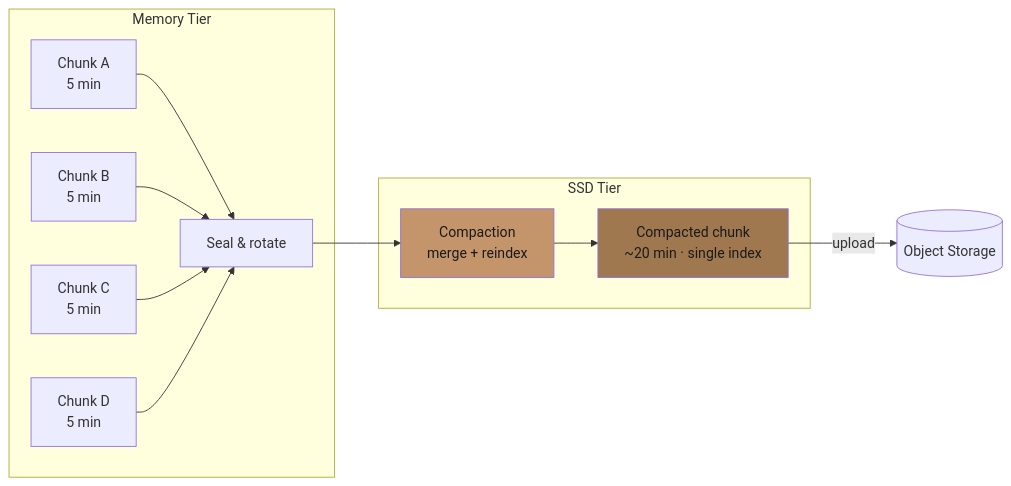
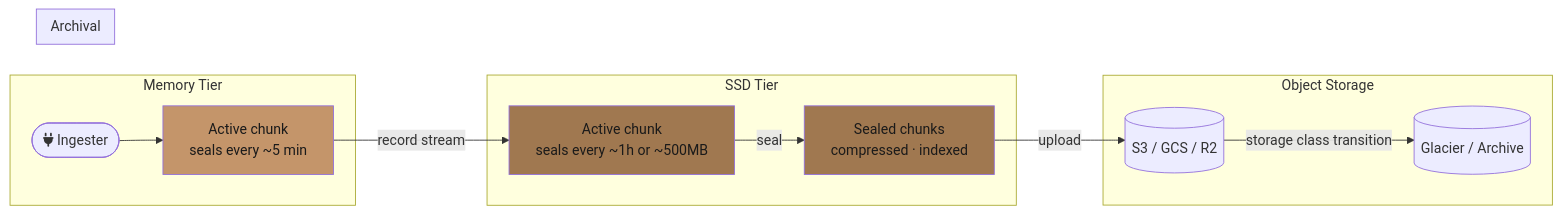
One commit to kluzzebass/gastrolog changed the fourth of 4 diagrams in docs/vision.md. Above: the diagram before and after it, drawn with Mermaid. The commit also changed other lines of this file, not shown here.

Commit message:
docs: replace compaction with inter-tier record streaming
Each tier is its own ingestion pipeline — records stream from hotter
tiers into colder ones, and each tier chunks on its own schedule.
Memory tier seals small/fast, SSD tier seals large/slow. No compaction
logic needed. Simpler model: each tier just accepts records and chunks
them, tuned for its medium.

````diff
--- a/docs/vision.md
+++ b/docs/vision.md
@@ -223,21 +223,26 @@
 ```mermaid
 flowchart LR
     subgraph Memory Tier
-        A1[Chunk A<br/>5 min] --> SEAL
-        A2[Chunk B<br/>5 min] --> SEAL
-        A3[Chunk C<br/>5 min] --> SEAL
-        A4[Chunk D<br/>5 min] --> SEAL
-        SEAL[Seal & rotate]
+        I([fa:fa-plug Ingester]) --> MA[Active chunk<br/>seals every ~5 min]
     end
 
-    SEAL --> COMPACT
+    MA -->|record stream| SA
 
     subgraph SSD Tier
-        COMPACT[Compaction<br/>merge + reindex] --> BIG[Compacted chunk<br/>~20 min · single index]
+        SA[Active chunk<br/>seals every ~1h or ~500MB] -->|seal| SS[Sealed chunks<br/>compressed · indexed]
     end
 
-    BIG -->|upload| S3[(Object Storage)]
+    SS -->|upload| OBJ
 
-    style COMPACT fill:#c4956a,color:#1a1a1a
-    style BIG fill:#a07850,color:#1a1a1a
+    subgraph Object Storage
+        OBJ[(S3 / GCS / R2)] -->|storage class transition| ARC
+    end
+
+    subgraph Archival
+        ARC[(Glacier / Archive)]
+    end
+
+    style MA fill:#c4956a,color:#1a1a1a
+    style SA fill:#a07850,color:#1a1a1a
+    style SS fill:#a07850,color:#1a1a1a
 ```
````
